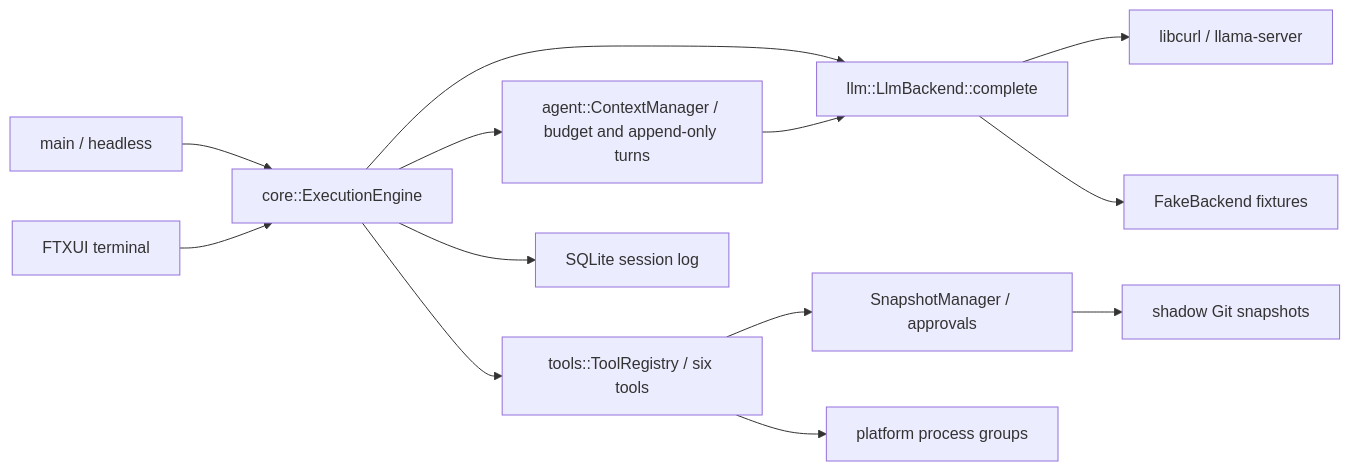
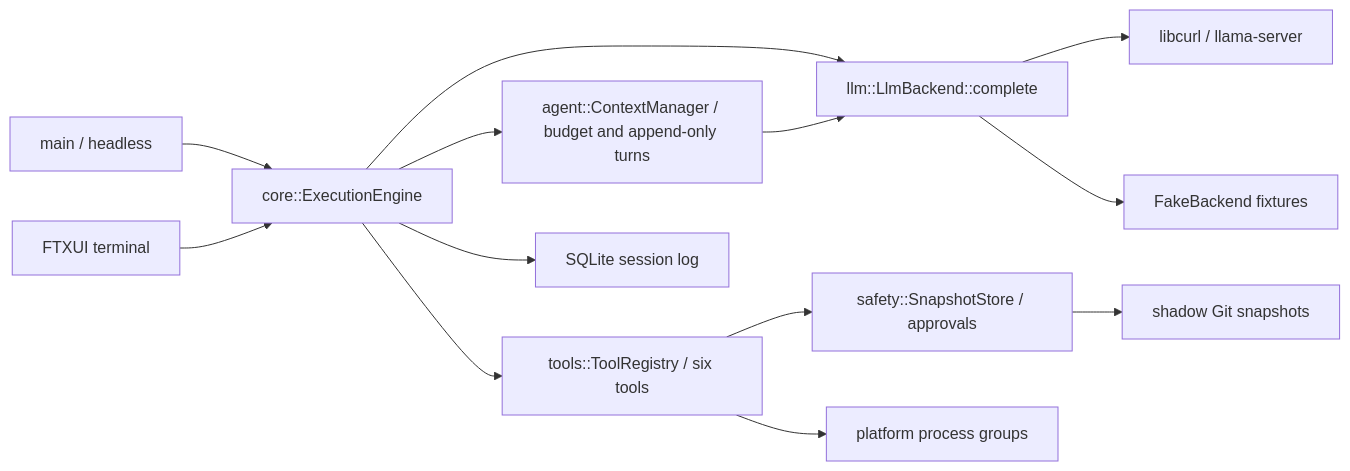
Before and after one commit to Torcken/Platypus: the diagram in docs/ARCHITECTURE.md, drawn with Mermaid. The commit also changed other lines of this file and 16 other files, not shown here.

Commit message:
feat(safety): expose snapshot IDs and validate restore transactions

````diff
--- a/docs/ARCHITECTURE.md
+++ b/docs/ARCHITECTURE.md
@@ -6,15 +6,15 @@
 ```mermaid
 flowchart LR
     CLI[main / headless] --> E[core::ExecutionEngine]
     UI[FTXUI terminal] --> E
     E --> B[llm::LlmBackend::complete]
     B --> HTTP[libcurl / llama-server]
     B --> Fake[FakeBackend fixtures]
     E --> C[agent::ContextManager / budget and append-only turns]
     C --> B
     E --> T[tools::ToolRegistry / six tools]
     E --> S[SQLite session log]
-    T --> A[SnapshotManager / approvals]
+    T --> A[safety::SnapshotStore / approvals]
     A --> G[shadow Git snapshots]
     T --> P[platform process groups]
 ```
````
